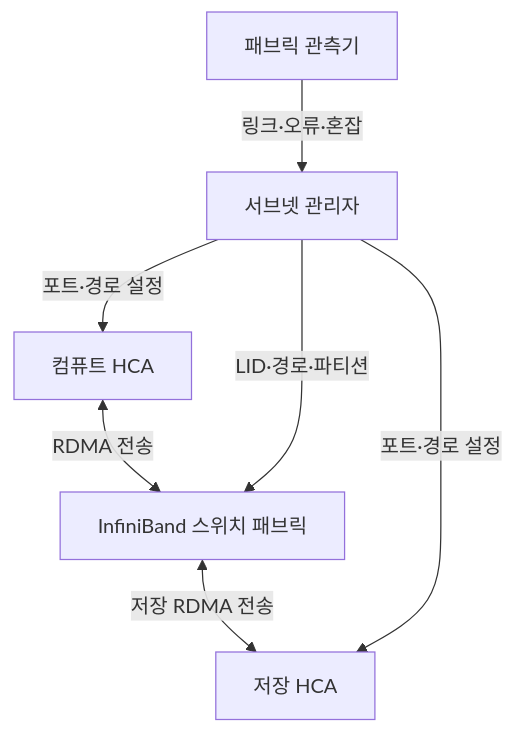
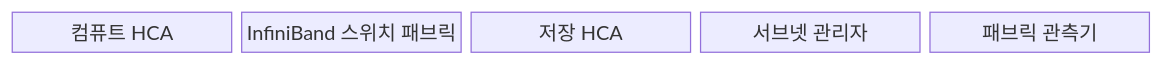
The first of 2 diagrams in src/content/docs/notes/04-network/104_infiniband_cluster.md (agnusdei1207/knowledge-base), drawn with Mermaid before and after one commit. The commit also changed other lines of this file and 21 other files, not shown here.

````diff
--- a/src/content/docs/notes/04-network/104_infiniband_cluster.md
+++ b/src/content/docs/notes/04-network/104_infiniband_cluster.md
@@ -56,9 +56,9 @@
 ```mermaid
-flowchart TB
-    A["컴퓨트 HCA"] <-->|RDMA 전송| B["InfiniBand 스위치 패브릭"]
-    B <-->|저장 RDMA 전송| C["저장 HCA"]
-    D["서브넷 관리자"] -->|LID·경로·파티션| B
-    D -->|포트·경로 설정| A
-    D -->|포트·경로 설정| C
-    E["패브릭 관측기"] -->|링크·오류·혼잡| D
+block-beta
+    columns 5
+    A["컴퓨트 HCA"]
+    B["InfiniBand 스위치 패브릭"]
+    C["저장 HCA"]
+    D["서브넷 관리자"]
+    E["패브릭 관측기"]
 ```
````
